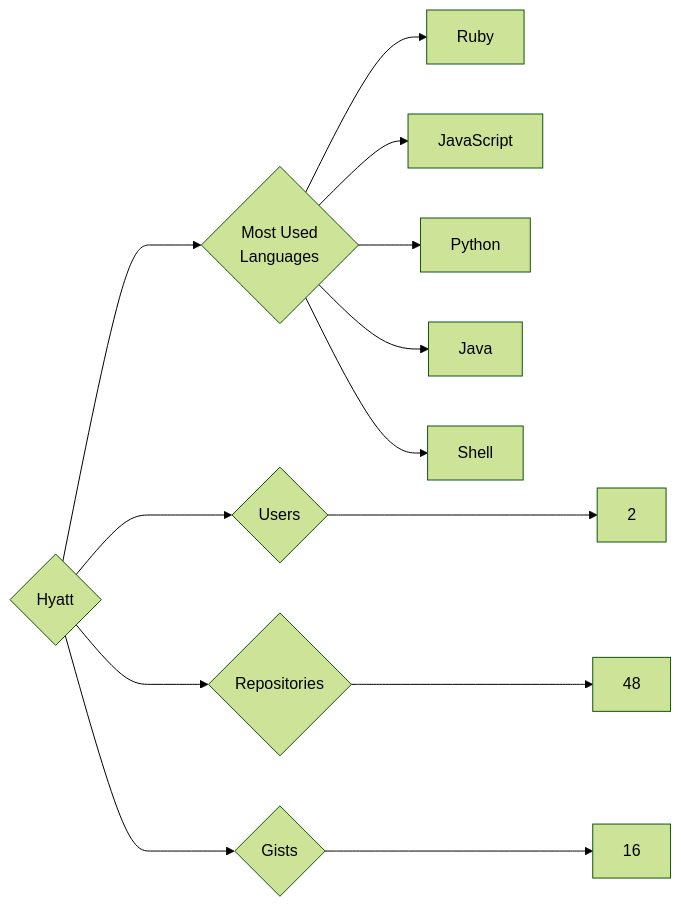
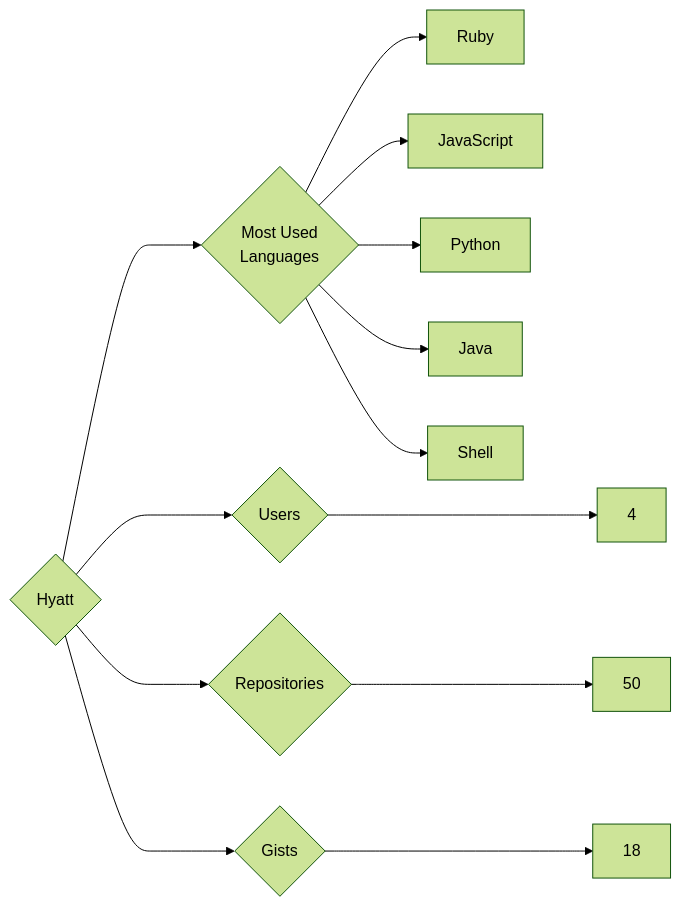
Before and after one commit to trickest/insiders: the diagram in targets/Hyatt/README.md, drawn with Mermaid (forest theme). The commit also changed 1212 other files, not shown here.

````diff
--- a/targets/Hyatt/README.md
+++ b/targets/Hyatt/README.md
@@ -3,13 +3,13 @@
 ```mermaid
 graph LR
 COMPANY_NAME{Hyatt}
-COMPANY_NAME ---> U{Users} ---> UN[2]
-COMPANY_NAME ---> R{Repositories} ---> RN[48]
-COMPANY_NAME ---> G{Gists} ---> GN[16]
+COMPANY_NAME ---> U{Users} ---> UN[4]
+COMPANY_NAME ---> R{Repositories} ---> RN[50]
+COMPANY_NAME ---> G{Gists} ---> GN[18]
 COMPANY_NAME ---> ML{Most Used<br>Languages}
 ML --> Ruby[Ruby]
 ML --> JavaScript[JavaScript]
 ML --> Python[Python]
 ML --> Java[Java]
 ML --> Shell[Shell]
 ```
````
